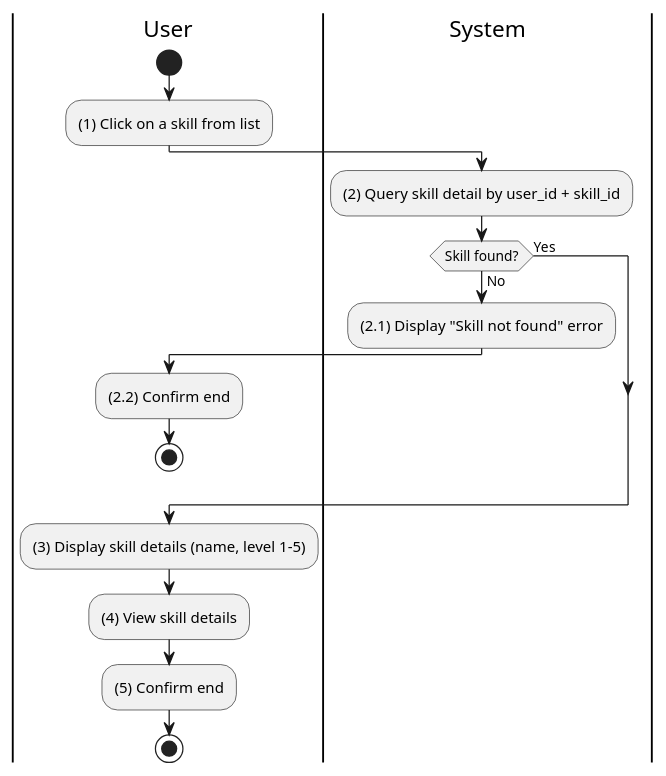
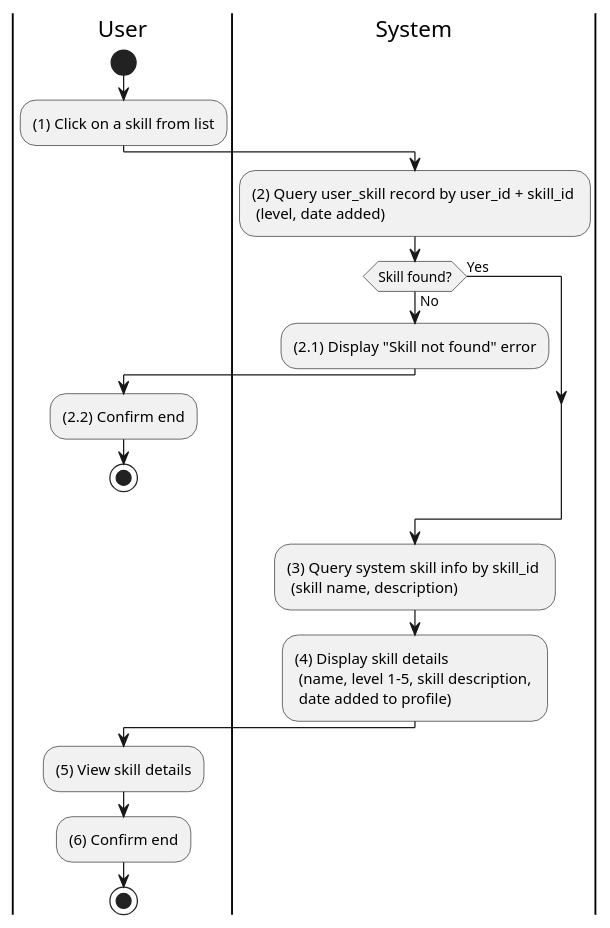
One commit to taskpilot-platform/taskpilot-platform.github.io changed the diagram in docs/docs/activity/user-skills/view-personal-skill-details.md. Above: the diagram before and after it, drawn with PlantUML. The commit also changed 14 other files, not shown here.

First line of the commit message:
feat(activity): expand batch 2 activity diagrams to ~40-50 lines

````diff
--- a/docs/docs/activity/user-skills/view-personal-skill-details.md
+++ b/docs/docs/activity/user-skills/view-personal-skill-details.md
@@ -3,29 +3,31 @@
 ```plantuml
 @startuml
 |U|User
 |S|System
 
 |U|
 start
 :(1) Click on a skill from list;
 
 |S|
-:(2) Query skill detail by user_id + skill_id;
+:(2) Query user_skill record by user_id + skill_id \n (level, date added);
 
 if (Skill found?) then (No)
   :(2.1) Display "Skill not found" error;
   |U|
   :(2.2) Confirm end;
   stop
 else (Yes)
 endif
 
-:(3) Display skill details (name, level 1-5);
+|S|
+:(3) Query system skill info by skill_id \n (skill name, description);
+:(4) Display skill details \n (name, level 1-5, skill description, \n date added to profile);
 
 |U|
-:(4) View skill details;
-:(5) Confirm end;
+:(5) View skill details;
+:(6) Confirm end;
 
 stop
 @enduml
 ```
````
